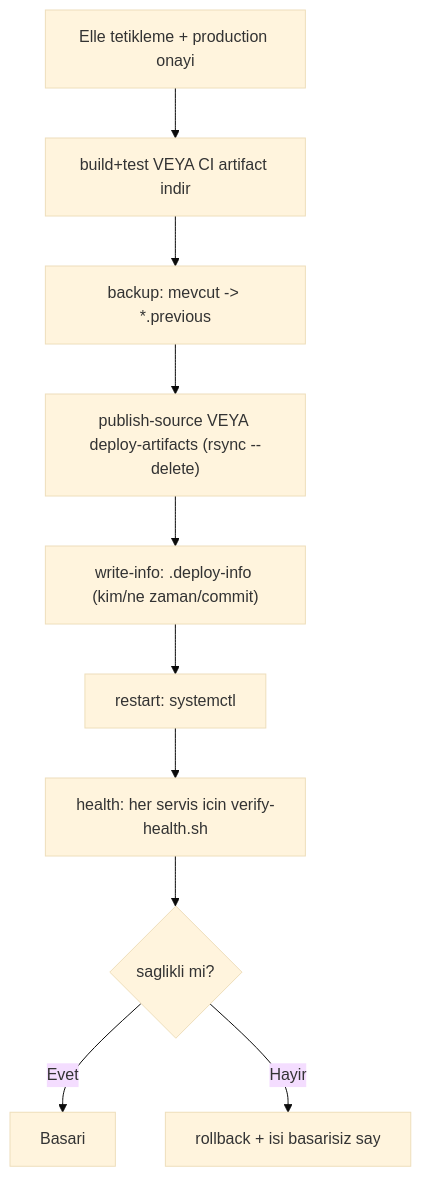
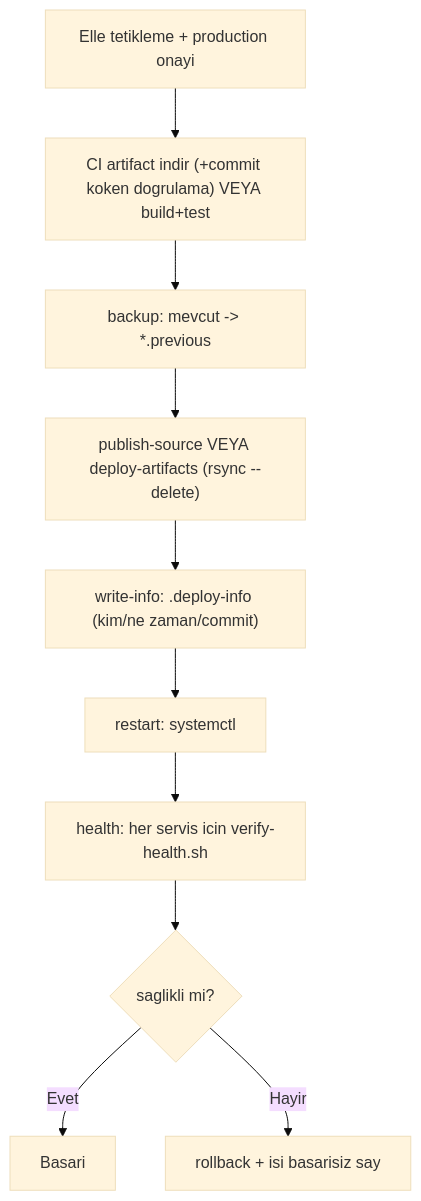
Before and after one commit to Dedmoo/dotnet-cicd-template: the second of 2 diagrams in docs/ci-cd-blueprint.tr.md, drawn with Mermaid (base theme). The commit also changed other lines of this file and 8 other files, not shown here.

````diff
--- a/docs/ci-cd-blueprint.tr.md
+++ b/docs/ci-cd-blueprint.tr.md
@@ -119,12 +120,12 @@
 ```mermaid
 flowchart TB
-    A["Elle tetikleme + production onayi"] --> B["build+test VEYA CI artifact indir"]
+    A["Elle tetikleme + production onayi"] --> B["CI artifact indir (+commit koken dogrulama) VEYA build+test"]
     B --> C["backup: mevcut -> *.previous"]
     C --> D["publish-source VEYA deploy-artifacts (rsync --delete)"]
     D --> E["write-info: .deploy-info (kim/ne zaman/commit)"]
     E --> F["restart: systemctl"]
     F --> G["health: her servis icin verify-health.sh"]
     G --> H{"saglikli mi?"}
     H -->|Evet| I["Basari"]
     H -->|Hayir| J["rollback + isi basarisiz say"]
 ```
````
